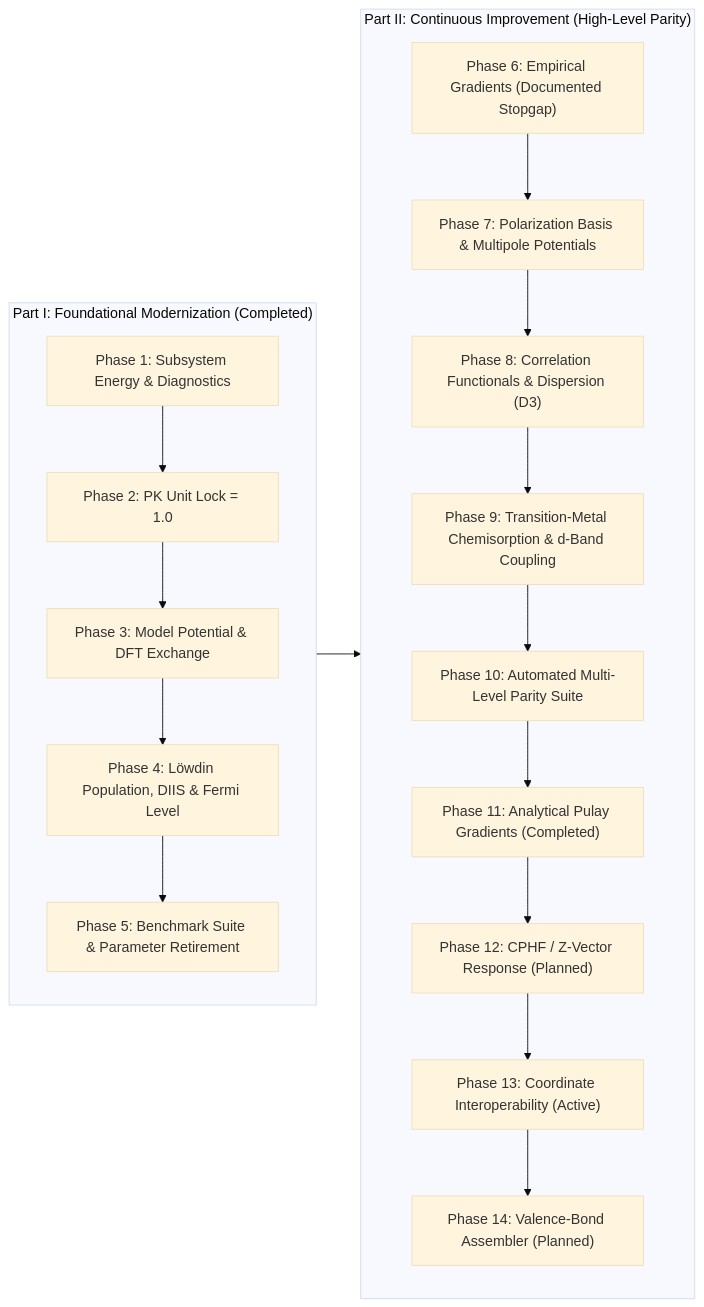
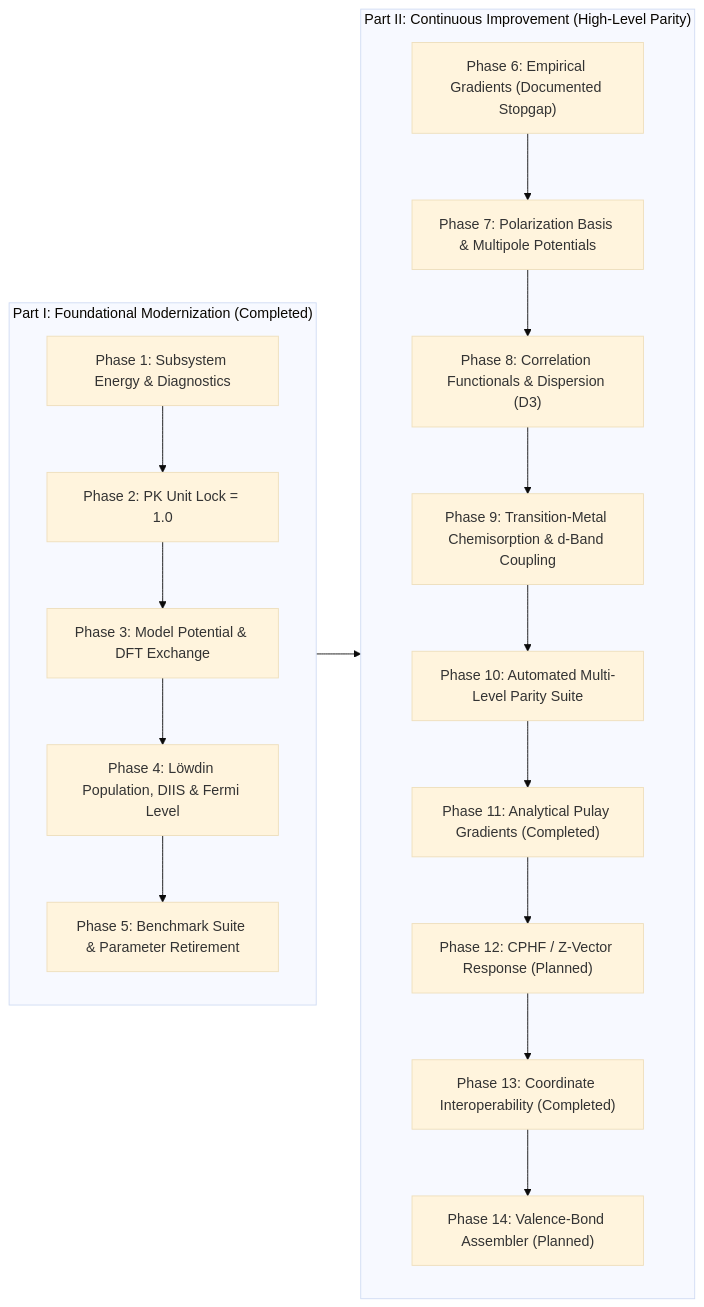
Before and after one commit to JackS9/phatpsy2: the diagram in ROADMAP.md, drawn with Mermaid (base theme). The commit also changed other lines of this file and 11 other files, not shown here.

````diff
--- a/ROADMAP.md
+++ b/ROADMAP.md
@@ -166,26 +167,26 @@
 ```mermaid
 flowchart LR
     subgraph Part1["Part I: Foundational Modernization (Completed)"]
         P1["Phase 1: Subsystem Energy & Diagnostics"]
         P2["Phase 2: PK Unit Lock = 1.0"]
         P3["Phase 3: Model Potential & DFT Exchange"]
         P4["Phase 4: Löwdin Population, DIIS & Fermi Level"]
         P5["Phase 5: Benchmark Suite & Parameter Retirement"]
         P1 --> P2 --> P3 --> P4 --> P5
     end
 
     subgraph Part2["Part II: Continuous Improvement (High-Level Parity)"]
         P6["Phase 6: Empirical Gradients (Documented Stopgap)"]
         P7["Phase 7: Polarization Basis & Multipole Potentials"]
         P8["Phase 8: Correlation Functionals & Dispersion (D3)"]
         P9["Phase 9: Transition-Metal Chemisorption & d-Band Coupling"]
         P10["Phase 10: Automated Multi-Level Parity Suite"]
         P11["Phase 11: Analytical Pulay Gradients (Completed)"]
         P12["Phase 12: CPHF / Z-Vector Response (Planned)"]
-        P13["Phase 13: Coordinate Interoperability (Active)"]
+        P13["Phase 13: Coordinate Interoperability (Completed)"]
         P14["Phase 14: Valence-Bond Assembler (Planned)"]
         P6 --> P7 --> P8 --> P9 --> P10 --> P11 --> P12 --> P13 --> P14
     end
 
     Part1 --> Part2
 ```
````
